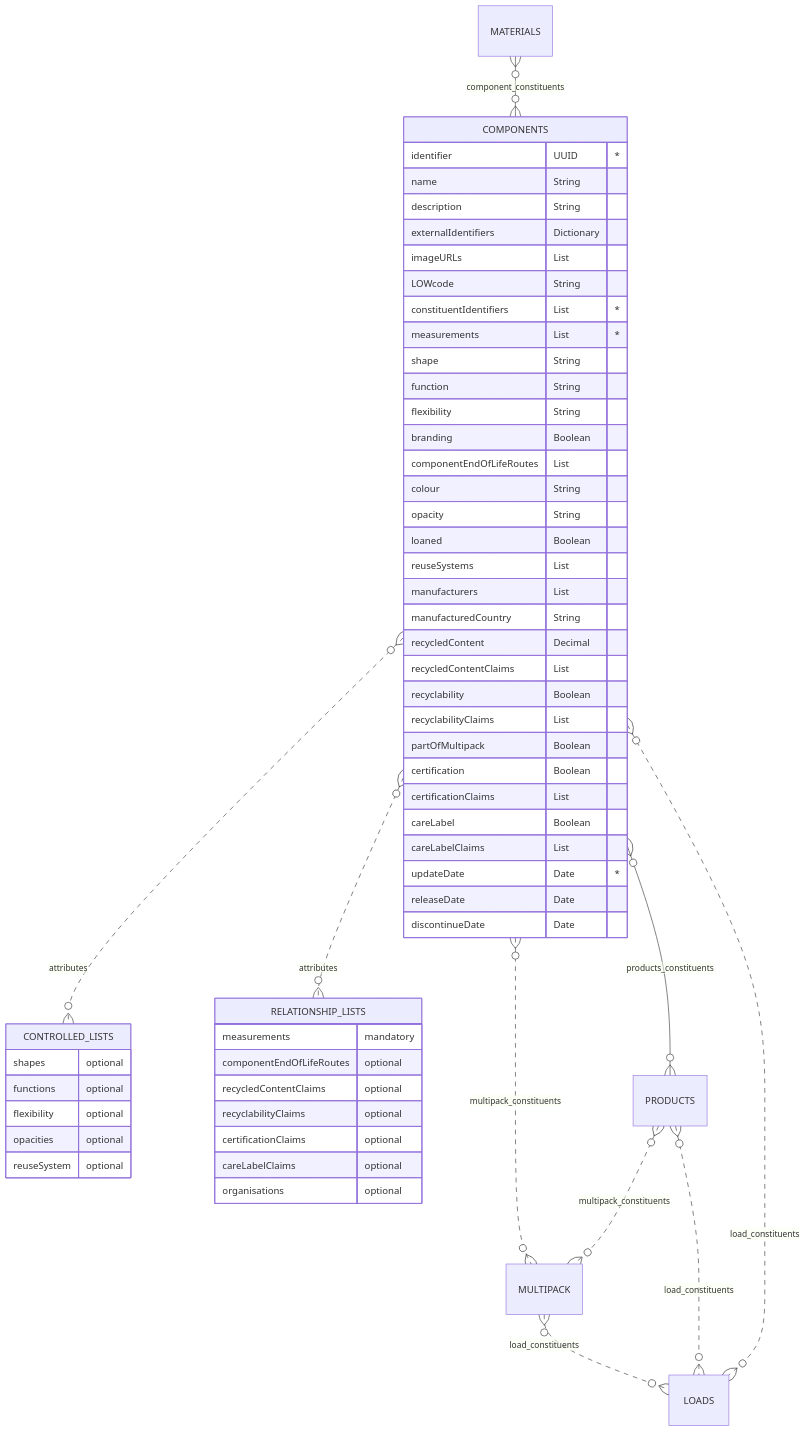
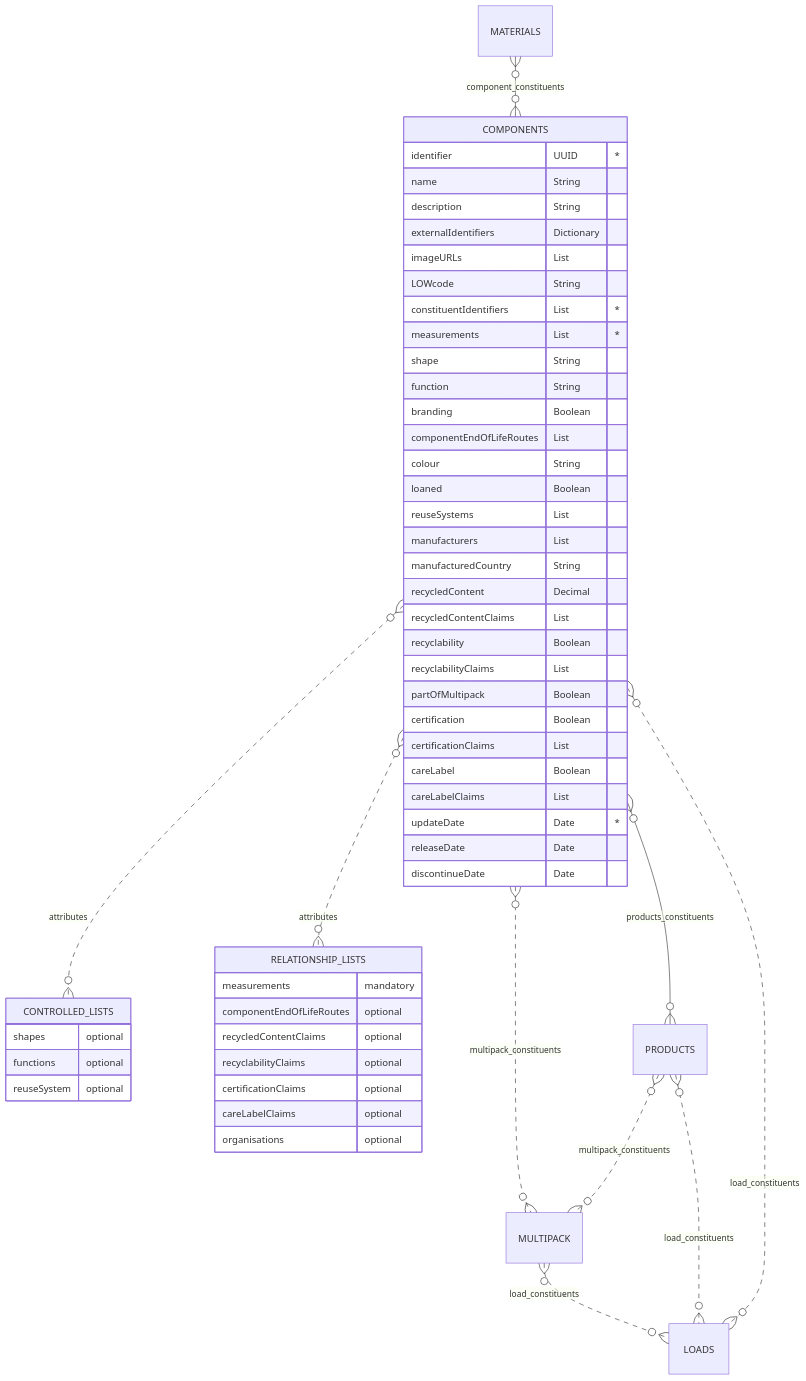
Before and after one commit to OpenDataManchester/OSTFD: the diagram in docs/schema/components.md, drawn with Mermaid. The commit also changed other lines of this file and 7 other files, not shown here.

````diff
--- a/docs/schema/components.md
+++ b/docs/schema/components.md
@@ -54,61 +52,57 @@
 ``` mermaid
 erDiagram
 MATERIALS }o--o{ COMPONENTS : component_constituents
   COMPONENTS {
     identifier UUID "*"
     name String
     description String
     externalIdentifiers Dictionary
     imageURLs List
     LOWcode String
     constituentIdentifiers List "*"
     measurements List "*"
     shape String
     function String
-    flexibility String
     branding Boolean
     componentEndOfLifeRoutes List
     colour String
-    opacity String
     loaned Boolean
     reuseSystems List
     manufacturers List
     manufacturedCountry String
     recycledContent Decimal
     recycledContentClaims List
     recyclability Boolean
     recyclabilityClaims List
     partOfMultipack Boolean
     certification Boolean
     certificationClaims List
     careLabel Boolean
     careLabelClaims List
     updateDate Date "*"
     releaseDate Date
     discontinueDate Date
   }
   COMPONENTS }o..o{ CONTROLLED_LISTS : attributes
   COMPONENTS }o..o{ RELATIONSHIP_LISTS : attributes
   COMPONENTS }o--o{ PRODUCTS : products_constituents
   COMPONENTS }o..o{ MULTIPACK : multipack_constituents
   MULTIPACK }o..o{ LOADS : load_constituents
   PRODUCTS }o..o{ MULTIPACK : multipack_constituents
   PRODUCTS }o..o{ LOADS : load_constituents
   COMPONENTS }o..o{ LOADS : load_constituents
     CONTROLLED_LISTS {
     shapes optional
     functions optional
-    flexibility optional
-    opacities optional
     reuseSystem optional
   }
   RELATIONSHIP_LISTS {
     measurements mandatory
     componentEndOfLifeRoutes optional
     recycledContentClaims optional
     recyclabilityClaims optional
     certificationClaims optional
     careLabelClaims optional
     organisations optional
   }
 ```
````
